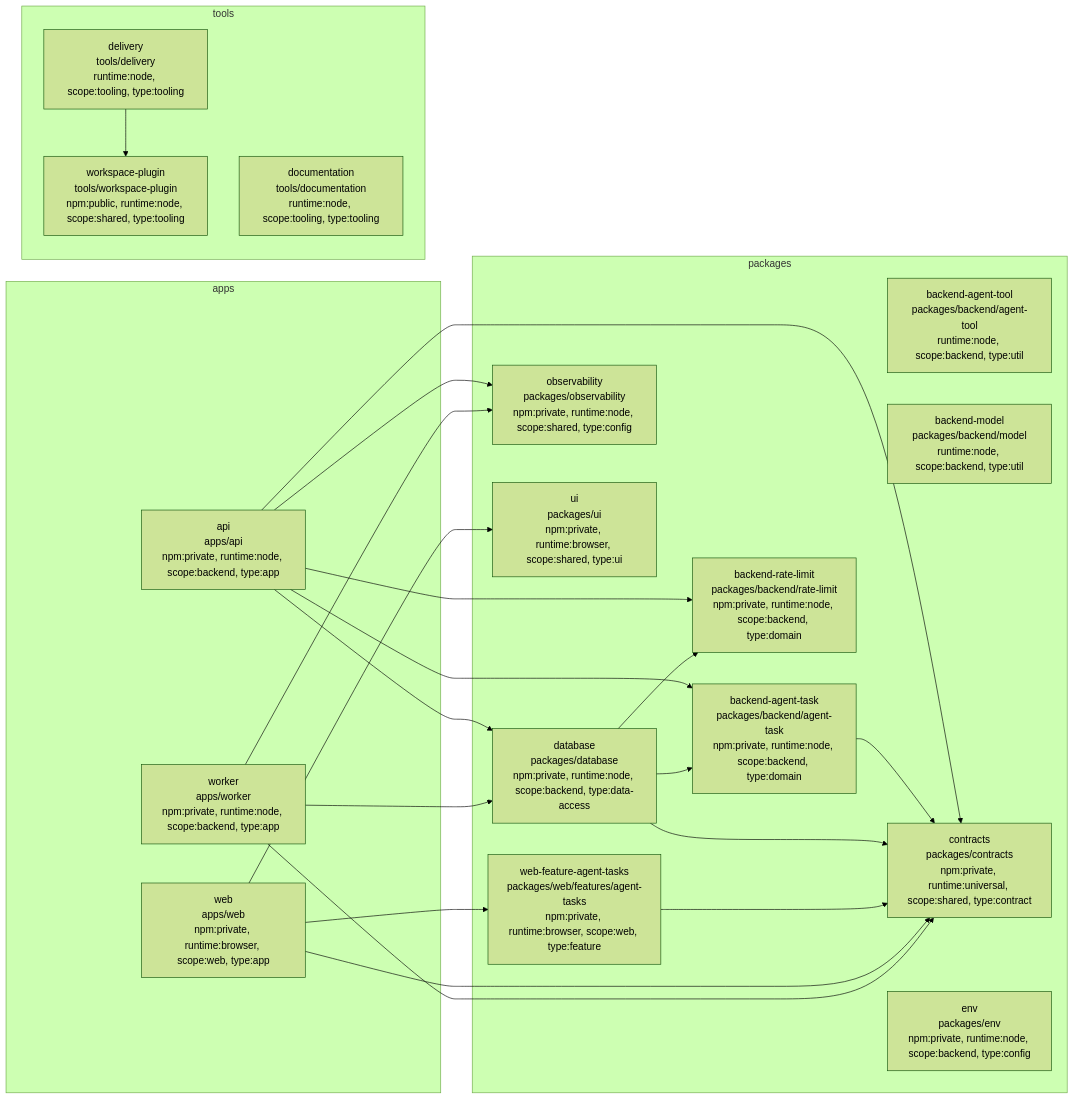
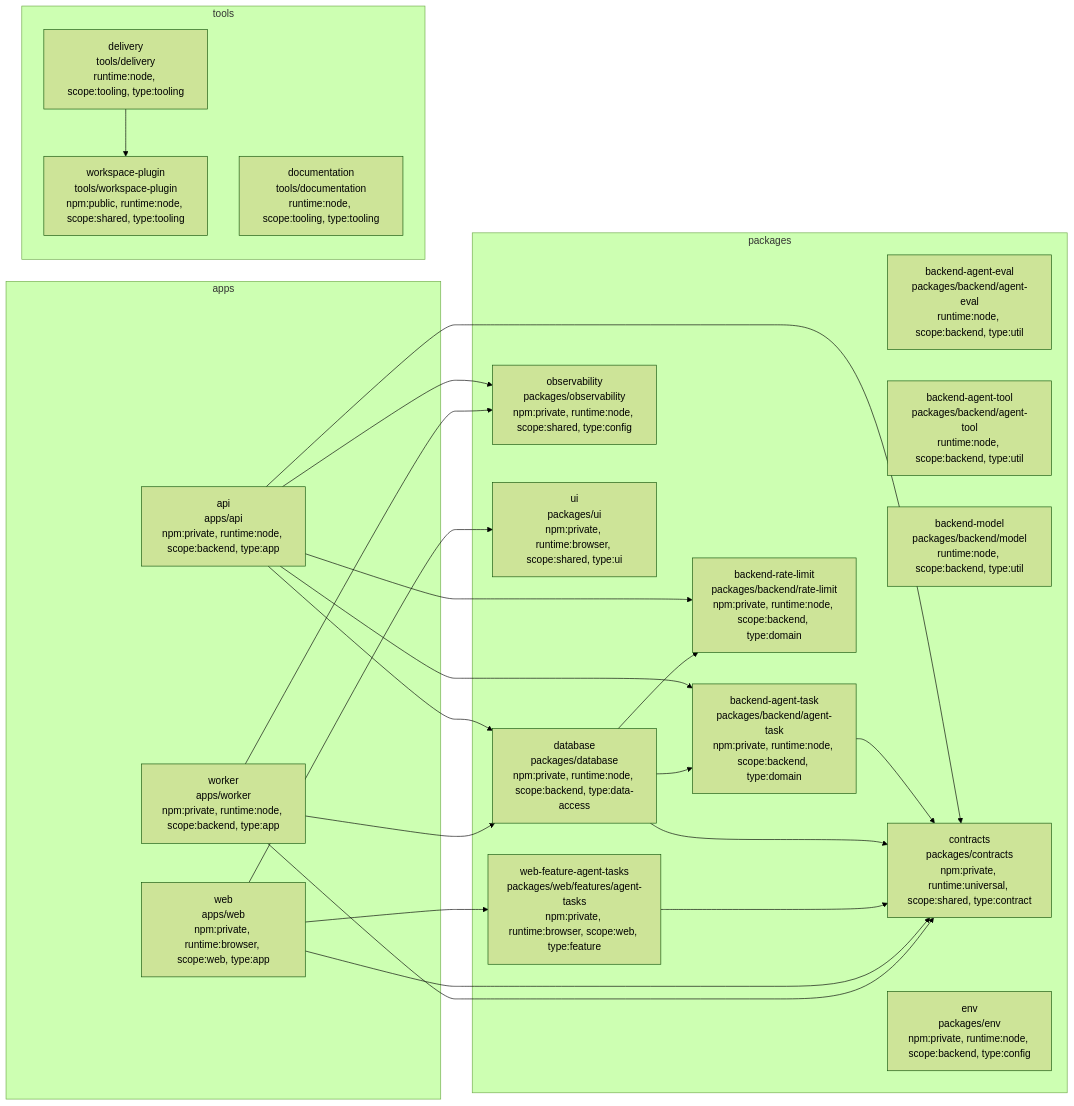
Before and after one commit to kaleigh-dem/cookiecutter-agentic-webapp: the diagram in docs/architecture/project-graph.md, drawn with Mermaid (forest theme). The commit also changed 27 other files, not shown here.

````diff
--- a/docs/architecture/project-graph.md
+++ b/docs/architecture/project-graph.md
@@ -7,42 +7,43 @@
 ```mermaid
 flowchart LR
   subgraph project_group_apps["apps"]
     project_api["api<br/>apps/api<br/>npm:private, runtime:node, scope:backend, type:app"]
     project_web["web<br/>apps/web<br/>npm:private, runtime:browser, scope:web, type:app"]
     project_worker["worker<br/>apps/worker<br/>npm:private, runtime:node, scope:backend, type:app"]
   end
   subgraph project_group_packages["packages"]
+    project_backend_agent_eval["backend-agent-eval<br/>packages/backend/agent-eval<br/>runtime:node, scope:backend, type:util"]
     project_backend_agent_task["backend-agent-task<br/>packages/backend/agent-task<br/>npm:private, runtime:node, scope:backend, type:domain"]
     project_backend_agent_tool["backend-agent-tool<br/>packages/backend/agent-tool<br/>runtime:node, scope:backend, type:util"]
     project_backend_model["backend-model<br/>packages/backend/model<br/>runtime:node, scope:backend, type:util"]
     project_backend_rate_limit["backend-rate-limit<br/>packages/backend/rate-limit<br/>npm:private, runtime:node, scope:backend, type:domain"]
     project_contracts["contracts<br/>packages/contracts<br/>npm:private, runtime:universal, scope:shared, type:contract"]
     project_database["database<br/>packages/database<br/>npm:private, runtime:node, scope:backend, type:data-access"]
     project_env["env<br/>packages/env<br/>npm:private, runtime:node, scope:backend, type:config"]
     project_observability["observability<br/>packages/observability<br/>npm:private, runtime:node, scope:shared, type:config"]
     project_ui["ui<br/>packages/ui<br/>npm:private, runtime:browser, scope:shared, type:ui"]
     project_web_feature_agent_tasks["web-feature-agent-tasks<br/>packages/web/features/agent-tasks<br/>npm:private, runtime:browser, scope:web, type:feature"]
   end
   subgraph project_group_tools["tools"]
     project_delivery["delivery<br/>tools/delivery<br/>runtime:node, scope:tooling, type:tooling"]
     project_documentation["documentation<br/>tools/documentation<br/>runtime:node, scope:tooling, type:tooling"]
     project_workspace_plugin["workspace-plugin<br/>tools/workspace-plugin<br/>npm:public, runtime:node, scope:shared, type:tooling"]
   end
   project_api --> project_backend_agent_task
   project_api --> project_backend_rate_limit
   project_api --> project_contracts
   project_api --> project_database
   project_api --> project_observability
   project_backend_agent_task --> project_contracts
   project_database --> project_backend_agent_task
   project_database --> project_backend_rate_limit
   project_database --> project_contracts
   project_delivery --> project_workspace_plugin
   project_web_feature_agent_tasks --> project_contracts
   project_web --> project_contracts
   project_web --> project_ui
   project_web --> project_web_feature_agent_tasks
   project_worker --> project_contracts
   project_worker --> project_database
   project_worker --> project_observability
 ```
````
